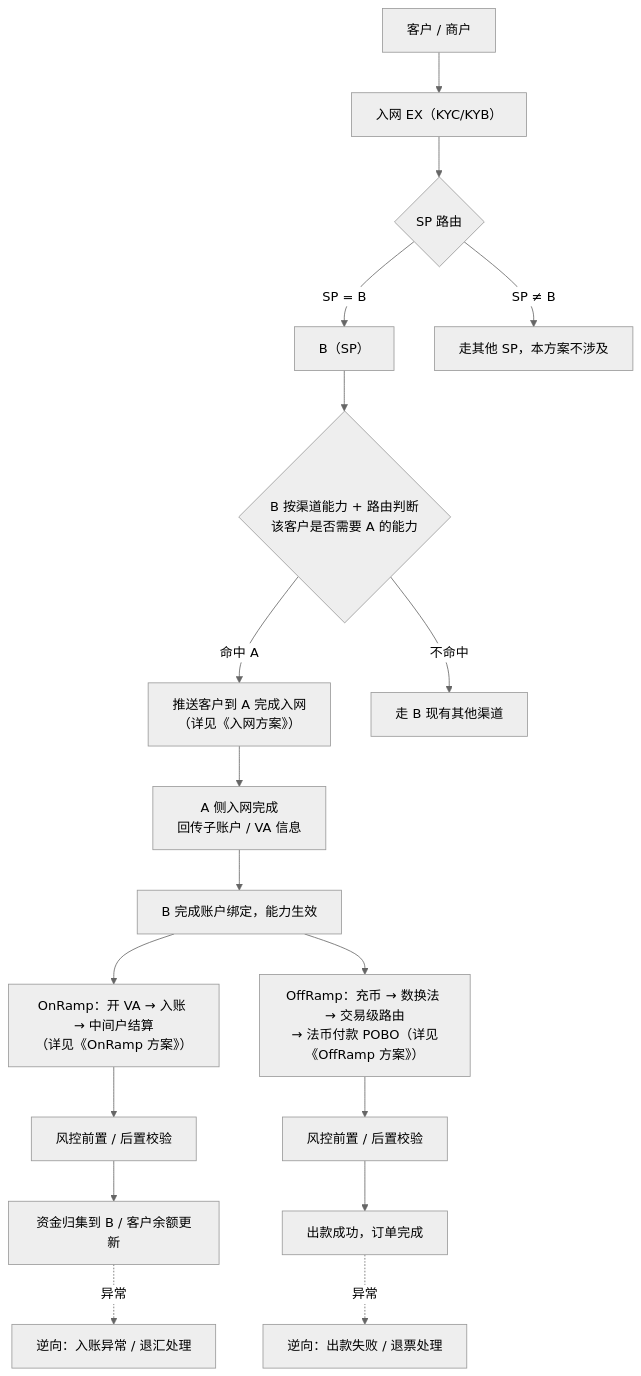
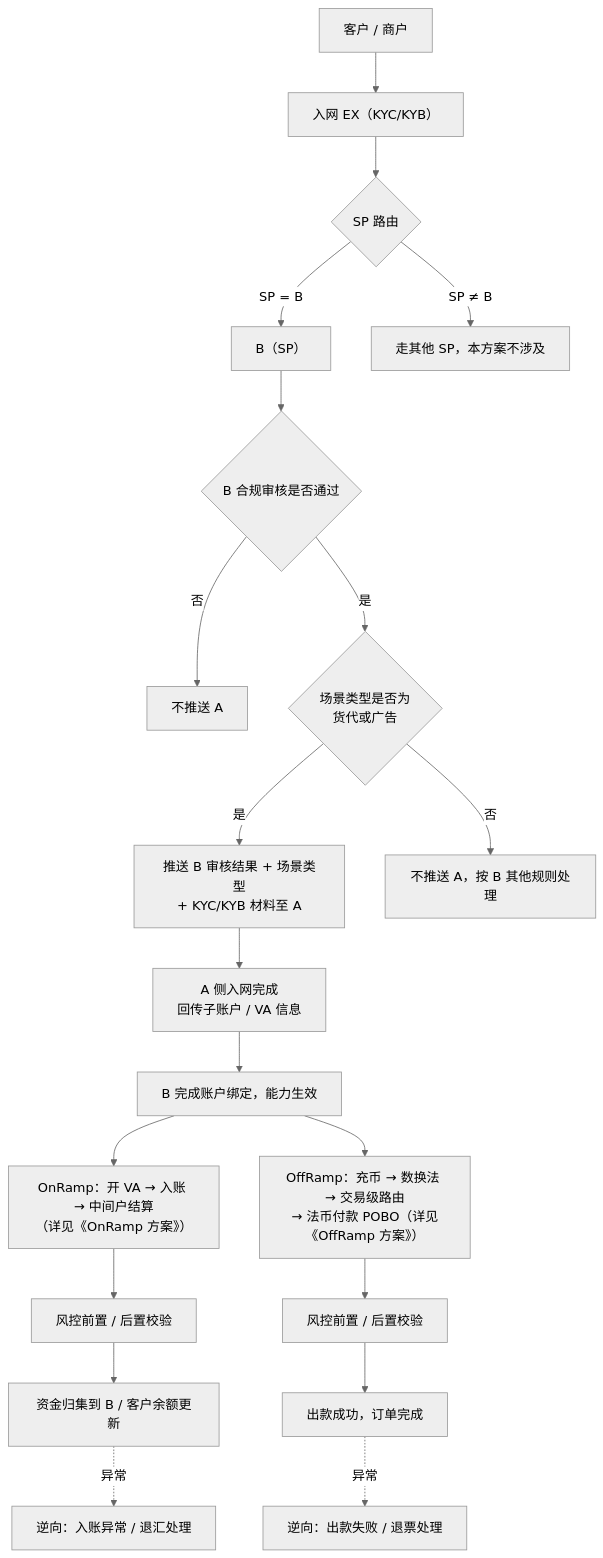
The diagram in ABSolutions/B-A/AB互通-总览与待办.md (xiaoxiaoangie/EX-NEW), drawn with Mermaid (neutral theme) before and after one commit. The commit also changed other lines of this file and 20 other files, not shown here.

````diff
--- a/ABSolutions/B-A/AB互通-总览与待办.md
+++ b/ABSolutions/B-A/AB互通-总览与待办.md
@@ -41,25 +41,27 @@
 ```mermaid
 flowchart TD
     C["客户 / 商户"] --> ONB["入网 EX（KYC/KYB）"]
     ONB --> ROUTE{"SP 路由"}
     ROUTE -->|"SP = B"| BSP["B（SP）"]
     ROUTE -->|"SP ≠ B"| OTHERSP["走其他 SP，本方案不涉及"]
 
-    BSP --> CAP{"B 按渠道能力 + 路由判断<br/>该客户是否需要 A 的能力"}
-    CAP -->|"命中 A"| PUSHA["推送客户到 A 完成入网<br/>（详见《入网方案》）"]
-    CAP -->|"不命中"| OTHERCH["走 B 现有其他渠道"]
+    BSP --> BCOM{"B 合规审核是否通过"}
+    BCOM -->|"否"| BREJ["不推送 A"]
+    BCOM -->|"是"| CAP{"场景类型是否为<br/>货代或广告"}
+    CAP -->|"是"| PUSHA["推送 B 审核结果 + 场景类型<br/>+ KYC/KYB 材料至 A"]
+    CAP -->|"否"| OTHERCH["不推送 A，按 B 其他规则处理"]
 
     PUSHA --> AREADY["A 侧入网完成<br/>回传子账户 / VA 信息"]
     AREADY --> BIND["B 完成账户绑定，能力生效"]
 
     BIND --> ORAMP["OnRamp：开 VA → 入账 → 中间户结算<br/>（详见《OnRamp 方案》）"]
     BIND --> OFRAMP["OffRamp：充币 → 数换法 → 交易级路由<br/>→ 法币付款 POBO（详见《OffRamp 方案》）"]
 
     ORAMP --> RISK1["风控前置 / 后置校验"]
     OFRAMP --> RISK2["风控前置 / 后置校验"]
     RISK1 --> DONE1["资金归集到 B / 客户余额更新"]
     RISK2 --> DONE2["出款成功，订单完成"]
 
     DONE1 -.->|"异常"| REV1["逆向：入账异常 / 退汇处理"]
     DONE2 -.->|"异常"| REV2["逆向：出款失败 / 退票处理"]
 ```
````
